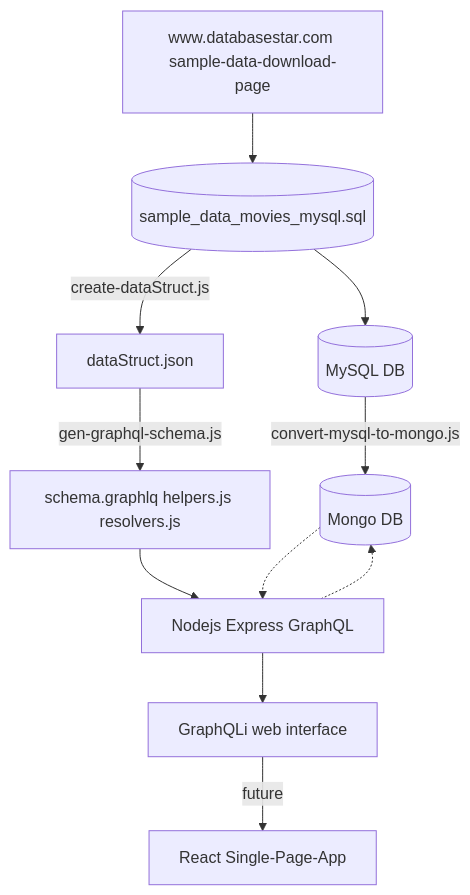
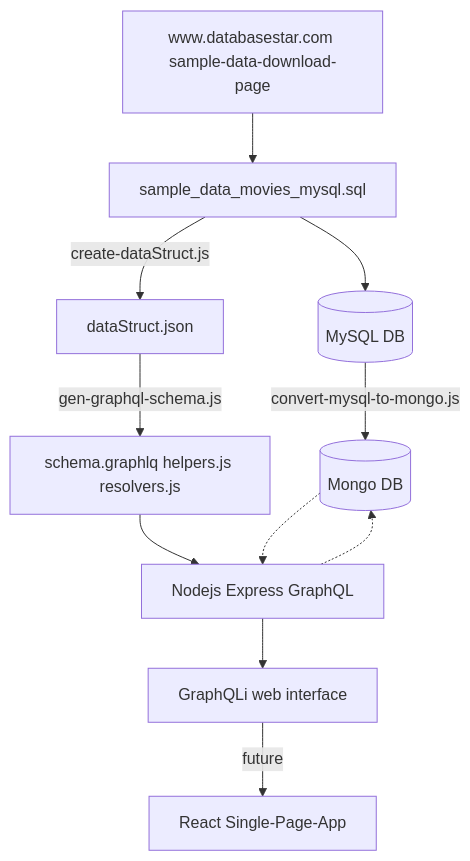
The diagram in README.md (martinjackson/talks-CAJS-2021-Dec), drawn with Mermaid before and after one commit.

Commit message:
almost talk time...

````diff
--- a/README.md
+++ b/README.md
@@ -39,13 +39,13 @@
 ```mermaid
 graph TD;
-    A[www.databasestar.com sample-data-download-page] --> M[(sample_data_movies_mysql.sql)];
+    A[www.databasestar.com sample-data-download-page] --> M[sample_data_movies_mysql.sql];
     M --> C[(MySQL DB)];
     C -->|convert-mysql-to-mongo.js| D[(Mongo DB)];
     M -->|create-dataStruct.js| E[dataStruct.json];
     E -->|gen-graphql-schema.js| F[schema.graphlq helpers.js resolvers.js];
     F --> G[Nodejs Express GraphQL]
     G --> H[GraphQLi web interface]
     H -->|future| I[React Single-Page-App]
     D -.-> G
     G -.-> D
 ```
````
